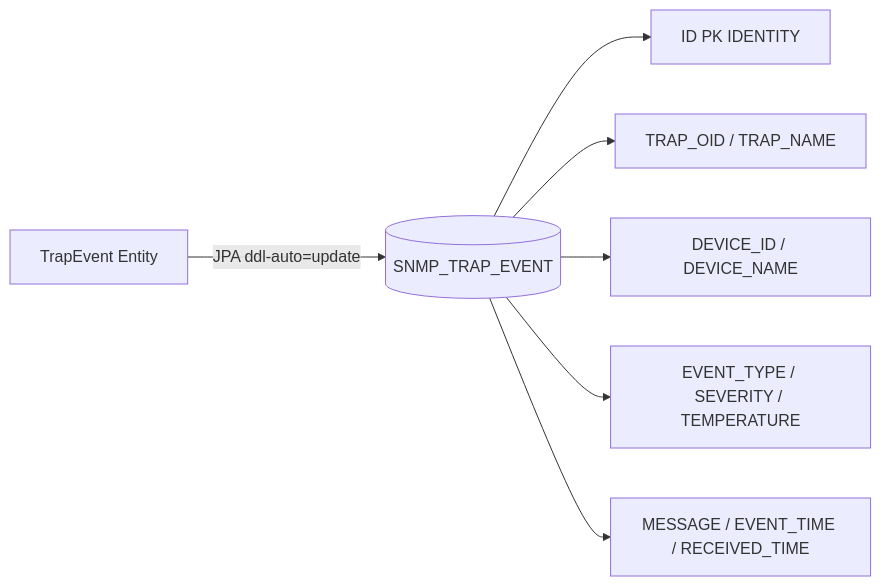
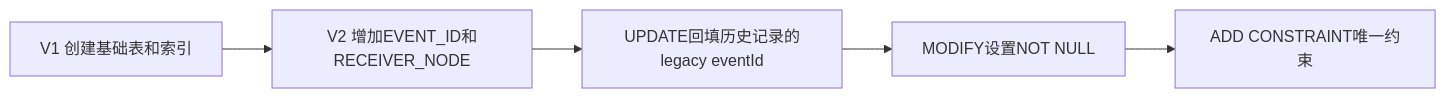
The diagram in slides/snmp-trap-demo-course/15.md (seki999/DialogueFlow_GitHub_OnLine), drawn with Mermaid before and after one commit. The commit also changed other lines of this file and 48 other files, not shown here.

````diff
--- a/slides/snmp-trap-demo-course/15.md
+++ b/slides/snmp-trap-demo-course/15.md
@@ -5,9 +5,7 @@
 ```mermaid
 flowchart LR
-    Ent[TrapEvent Entity] -->|JPA ddl-auto=update| Tbl[(SNMP_TRAP_EVENT)]
-    Tbl --> C1[ID PK IDENTITY]
-    Tbl --> C2[TRAP_OID / TRAP_NAME]
-    Tbl --> C3[DEVICE_ID / DEVICE_NAME]
-    Tbl --> C4[EVENT_TYPE / SEVERITY / TEMPERATURE]
-    Tbl --> C5[MESSAGE / EVENT_TIME / RECEIVED_TIME]
+  V1[V1 创建基础表和索引] --> V2[V2 增加EVENT_ID和RECEIVER_NODE]
+  V2 --> BACKFILL[UPDATE回填历史记录的legacy eventId]
+  BACKFILL --> NOTNULL[MODIFY设置NOT NULL]
+  NOTNULL --> UNIQUE[ADD CONSTRAINT唯一约束]
 ```
````
